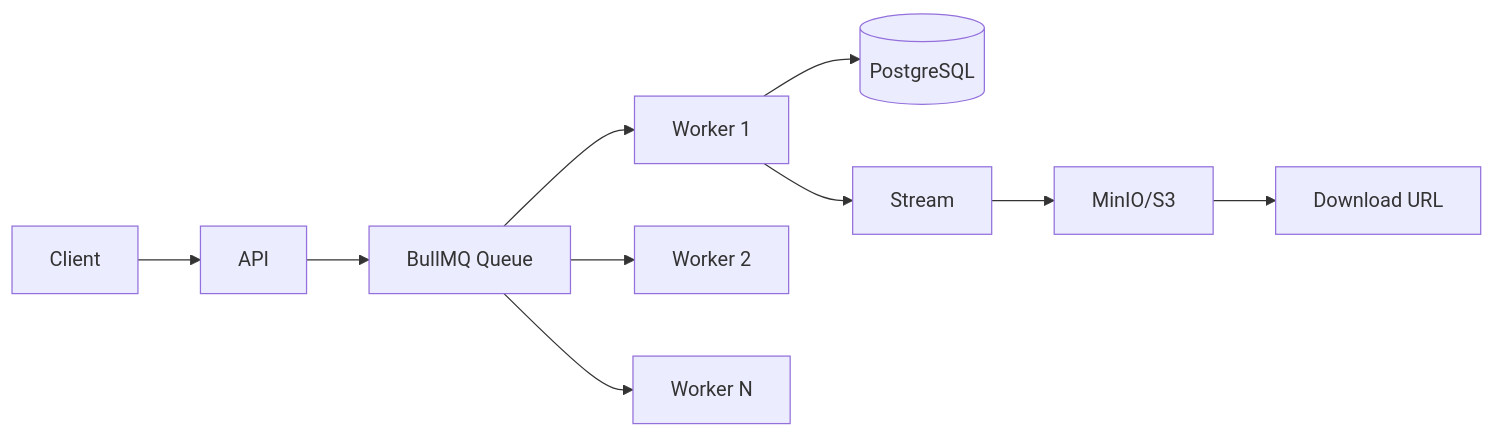
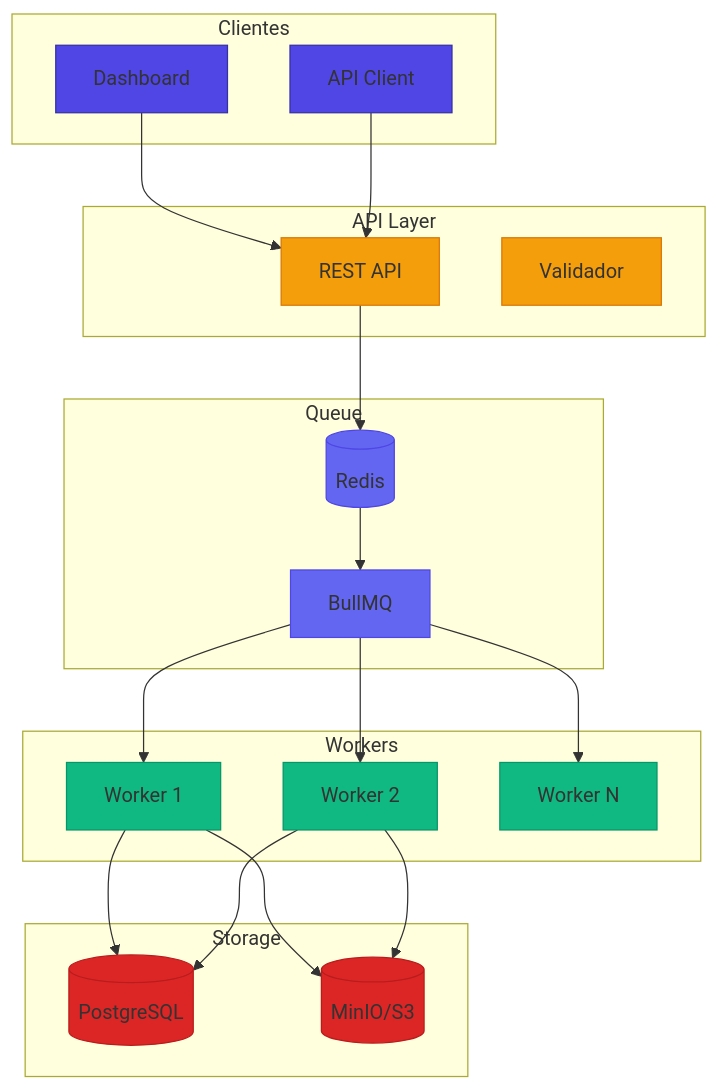
The second of 2 diagrams in packages/docs/challenges/08-report.md (mateussiqueira/banking-stack), drawn with Mermaid before and after one commit. The commit also changed other lines of this file, not shown here.

````diff
--- a/packages/docs/challenges/08-report.md
+++ b/packages/docs/challenges/08-report.md
@@ -20,12 +56,52 @@
 ```mermaid
-graph LR
-    A[Client] --> B[API]
-    B --> C[BullMQ Queue]
-    C --> D[Worker 1]
-    C --> E[Worker 2]
-    C --> F[Worker N]
-    D --> G[(PostgreSQL)]
-    D --> H[Stream]
-    H --> I[MinIO/S3]
-    I --> J[Download URL]
+graph TB
+    subgraph "Clientes"
+      C1[Dashboard]
+      C2[API Client]
+    end
+
+    subgraph "API Layer"
+      API[REST API]
+      VALID[Validador]
+    end
+
+    subgraph "Queue"
+      REDIS[(Redis)]
+      BULL[BullMQ]
+    end
+
+    subgraph "Workers"
+      W1[Worker 1]
+      W2[Worker 2]
+      W3[Worker N]
+    end
+
+    subgraph "Storage"
+      DB[(PostgreSQL)]
+      S3[(MinIO/S3)]
+    end
+
+    C1 --> API
+    C2 --> API
+    API --> REDIS
+    REDIS --> BULL
+    BULL --> W1
+    BULL --> W2
+    BULL --> W3
+    W1 --> DB
+    W1 --> S3
+    W2 --> DB
+    W2 --> S3
+
+    classDef client fill:#4f46e5,stroke:#3730a3;
+    classDef api fill:#f59e0b,stroke:#d97706;
+    classDef queue fill:#6366f1,stroke:#4f46e5;
+    classDef worker fill:#10b981,stroke:#059669;
+    classDef storage fill:#dc2626,stroke:#b91c1c;
+
+    class C1,C2 client;
+    class API,VALID api;
+    class REDIS,BULL queue;
+    class W1,W2,W3 worker;
+    class DB,S3 storage;
 ```
````
